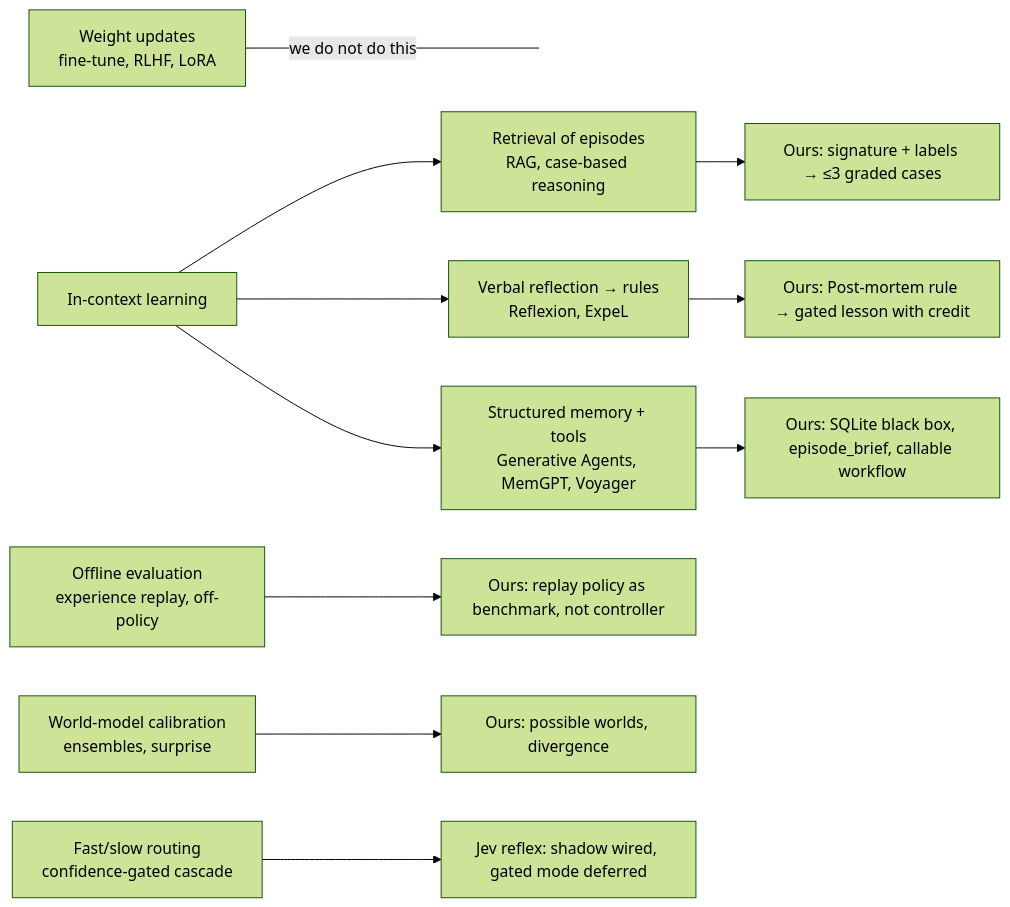
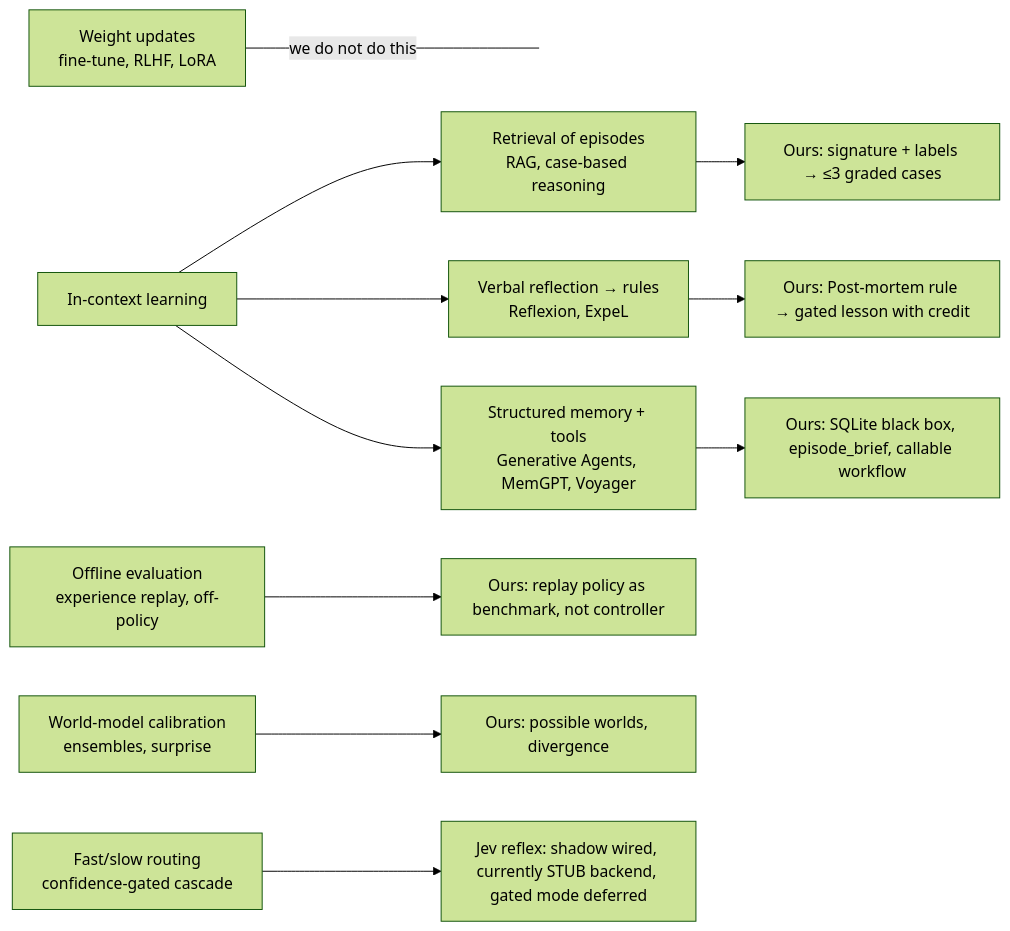
The diagram in docs/continuous-learning-notes.md (jucamohedano/Los_Panaderos), drawn with Mermaid (forest theme) before and after one commit. The commit also changed other lines of this file and 2 other files, not shown here.

Commit message:
docs: Jev is a stub by default; real model needs credits; how to switch on

````diff
--- a/docs/continuous-learning-notes.md
+++ b/docs/continuous-learning-notes.md
@@ -6,14 +6,14 @@
 ```mermaid
 flowchart LR
   W[Weight updates<br/>fine-tune, RLHF, LoRA] ---|"we do not do this"| X[ ]
   I[In-context learning] --> R[Retrieval of episodes<br/>RAG, case-based reasoning]
   I --> L[Verbal reflection → rules<br/>Reflexion, ExpeL]
   I --> M[Structured memory + tools<br/>Generative Agents, MemGPT, Voyager]
   R --> O[Ours: signature + labels → ≤3 graded cases]
   L --> O2[Ours: Post-mortem rule → gated lesson with credit]
   M --> O3[Ours: SQLite black box, episode_brief, callable workflow]
   E[Offline evaluation<br/>experience replay, off-policy] --> O4[Ours: replay policy as benchmark, not controller]
   C[World-model calibration<br/>ensembles, surprise] --> O5[Ours: possible worlds, divergence]
-  F[Fast/slow routing<br/>confidence-gated cascade] --> O6[Jev reflex: shadow wired, gated mode deferred]
+  F[Fast/slow routing<br/>confidence-gated cascade] --> O6[Jev reflex: shadow wired, currently STUB backend, gated mode deferred]
   style X fill:none,stroke:none
 ```
````
